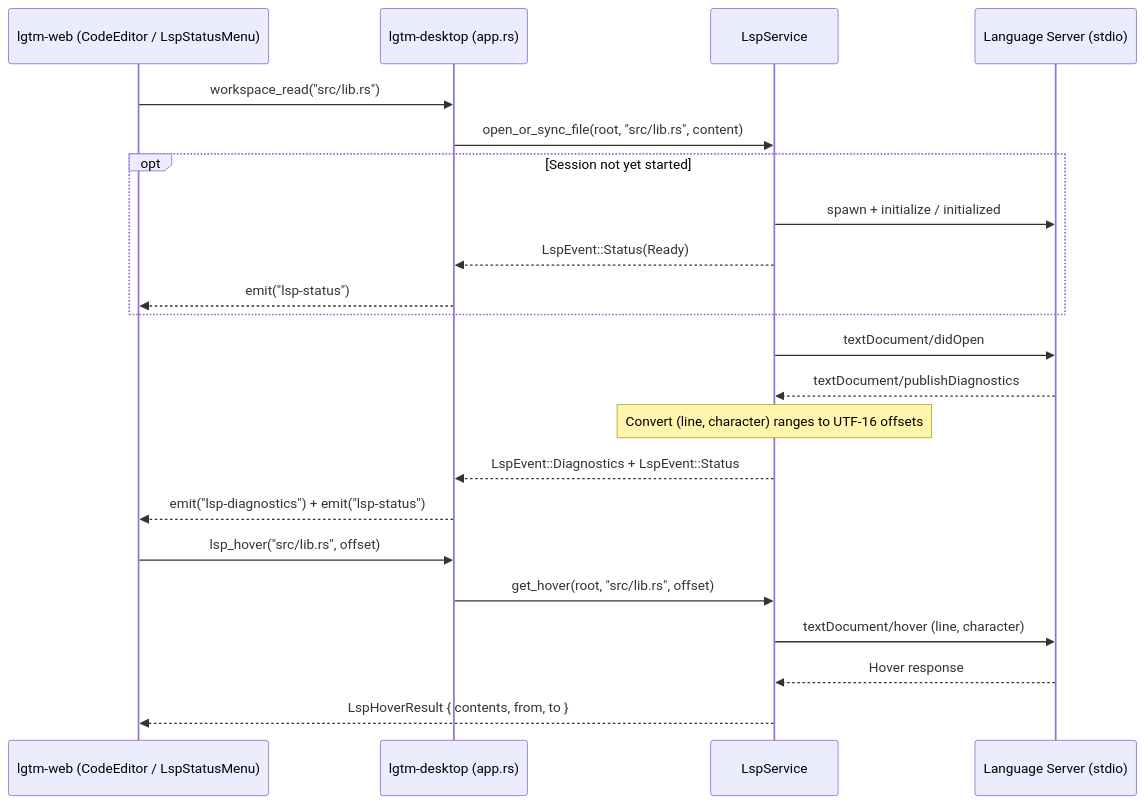
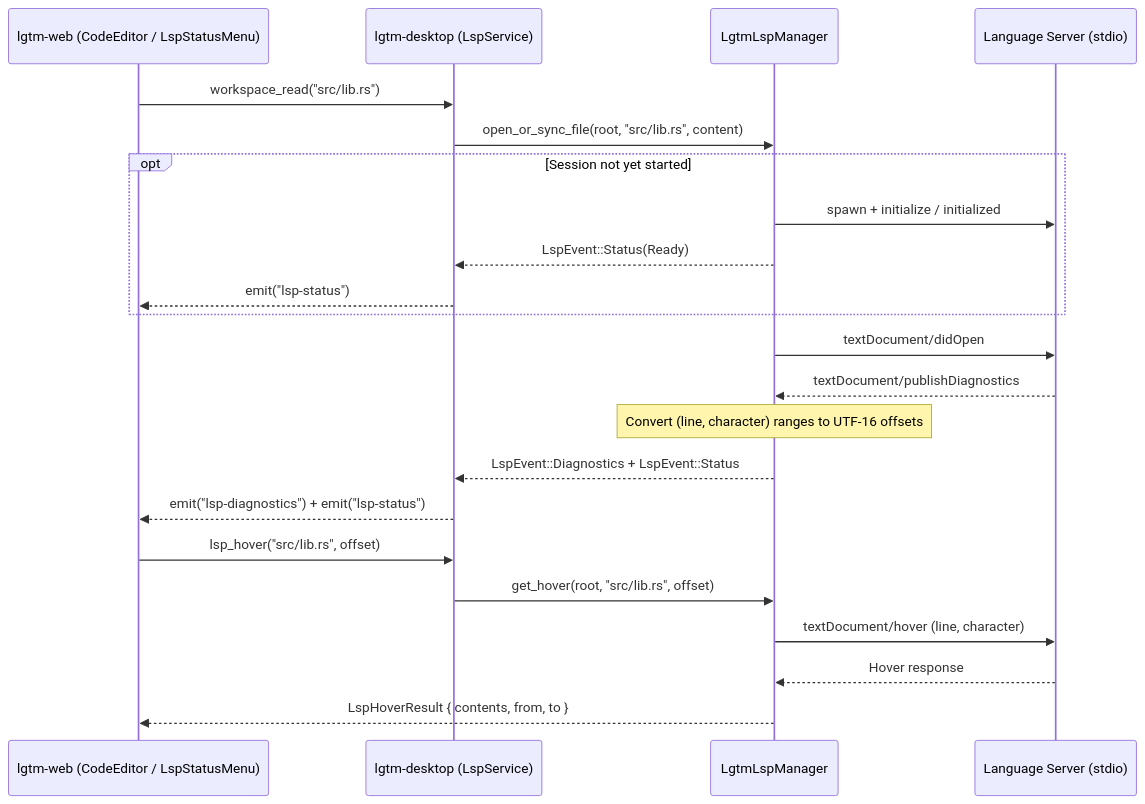
One commit to difflab-io/lgtm changed the second of 2 diagrams in docs/architecture/lsp/index.md. Above: the diagram before and after it, drawn with Mermaid. The commit also changed other lines of this file and 33 other files, not shown here.

Commit message:
refactor(lsp): split LgtmLspManager, LspCacheService, desktop LspService, and portable ThemeService

````diff
--- a/docs/architecture/lsp/index.md
+++ b/docs/architecture/lsp/index.md
@@ -74,25 +75,25 @@
 ```mermaid
 sequenceDiagram
     participant Web as lgtm-web (CodeEditor / LspStatusMenu)
-    participant App as lgtm-desktop (app.rs)
-    participant Lsp as LspService
+    participant App as lgtm-desktop (LspService)
+    participant Lsp as LgtmLspManager
     participant Proc as Language Server (stdio)
 
     Web->>App: workspace_read("src/lib.rs")
     App->>Lsp: open_or_sync_file(root, "src/lib.rs", content)
     opt Session not yet started
         Lsp->>Proc: spawn + initialize / initialized
         Lsp-->>App: LspEvent::Status(Ready)
         App-->>Web: emit("lsp-status")
     end
     Lsp->>Proc: textDocument/didOpen
     Proc-->>Lsp: textDocument/publishDiagnostics
     Note over Lsp: Convert (line, character) ranges to UTF-16 offsets
     Lsp-->>App: LspEvent::Diagnostics + LspEvent::Status
     App-->>Web: emit("lsp-diagnostics") + emit("lsp-status")
     Web->>App: lsp_hover("src/lib.rs", offset)
     App->>Lsp: get_hover(root, "src/lib.rs", offset)
     Lsp->>Proc: textDocument/hover (line, character)
     Proc-->>Lsp: Hover response
     Lsp-->>Web: LspHoverResult { contents, from, to }
 ```
````
